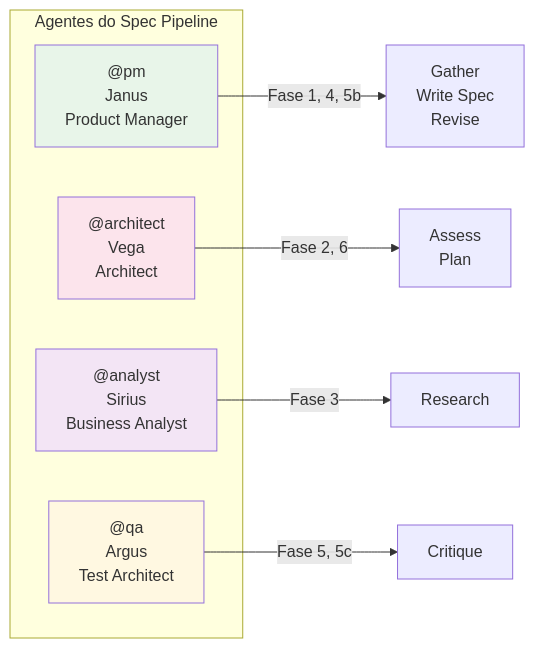
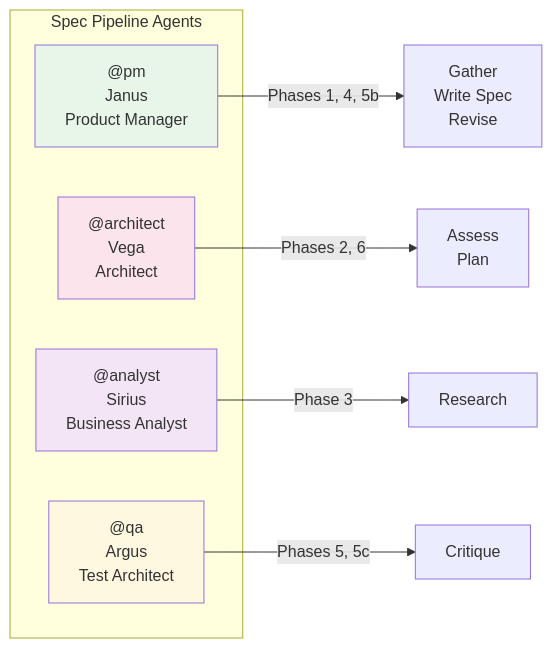
Before and after one commit to CyryxLabs/AEXOS: the tenth of 17 diagrams in docs/aexos-workflows/spec-pipeline-workflow.md, drawn with Mermaid. The commit also changed other lines of this file and 528 other files, not shown here.

````diff
--- a/docs/aexos-workflows/spec-pipeline-workflow.md
+++ b/docs/aexos-workflows/spec-pipeline-workflow.md
@@ -678,19 +678,19 @@
 ```mermaid
 graph LR
-    subgraph AGENTS["Agentes do Spec Pipeline"]
+    subgraph AGENTS["Spec Pipeline Agents"]
         PM["@pm<br/>Janus<br/>Product Manager"]
         AR["@architect<br/>Vega<br/>Architect"]
         AN["@analyst<br/>Sirius<br/>Business Analyst"]
         QA["@qa<br/>Argus<br/>Test Architect"]
     end
 
-    PM --> |"Fase 1, 4, 5b"| G1["Gather<br/>Write Spec<br/>Revise"]
-    AR --> |"Fase 2, 6"| G2["Assess<br/>Plan"]
-    AN --> |"Fase 3"| G3["Research"]
-    QA --> |"Fase 5, 5c"| G4["Critique"]
+    PM --> |"Phases 1, 4, 5b"| G1["Gather<br/>Write Spec<br/>Revise"]
+    AR --> |"Phases 2, 6"| G2["Assess<br/>Plan"]
+    AN --> |"Phase 3"| G3["Research"]
+    QA --> |"Phases 5, 5c"| G4["Critique"]
 
     style PM fill:#e8f5e9
     style AR fill:#fce4ec
     style AN fill:#f3e5f5
     style QA fill:#fff8e1
 ```
````
